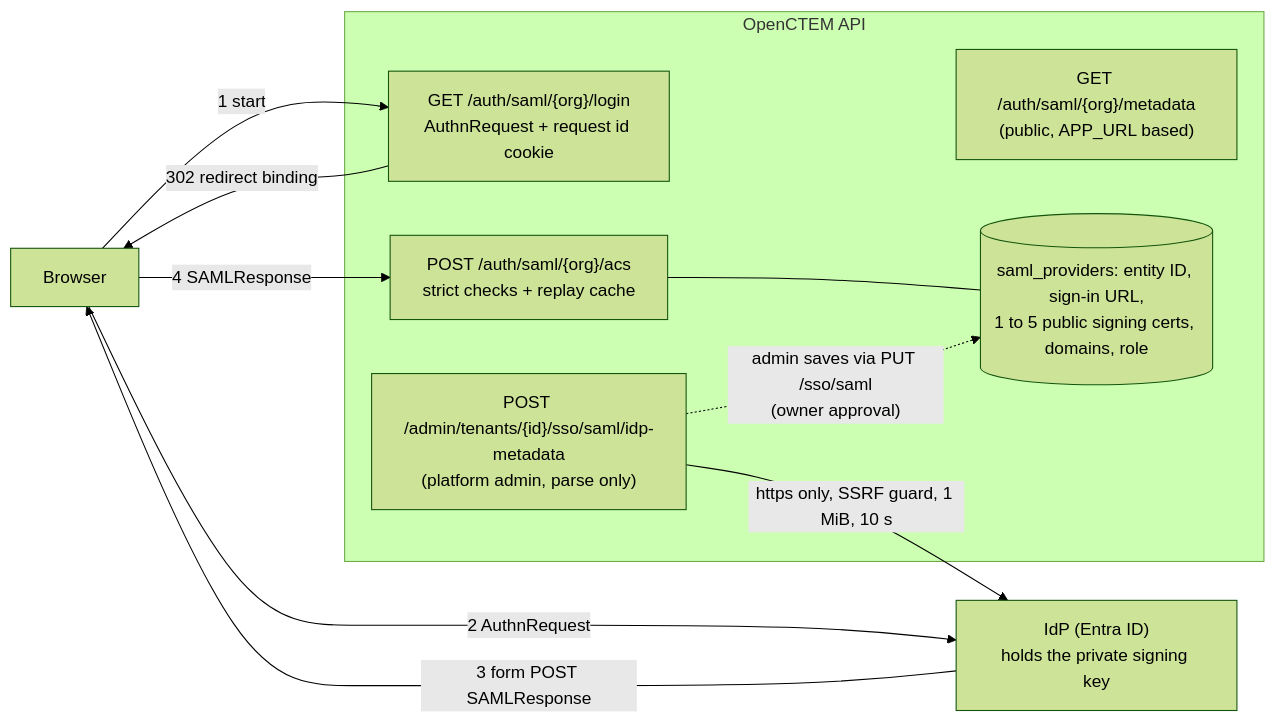
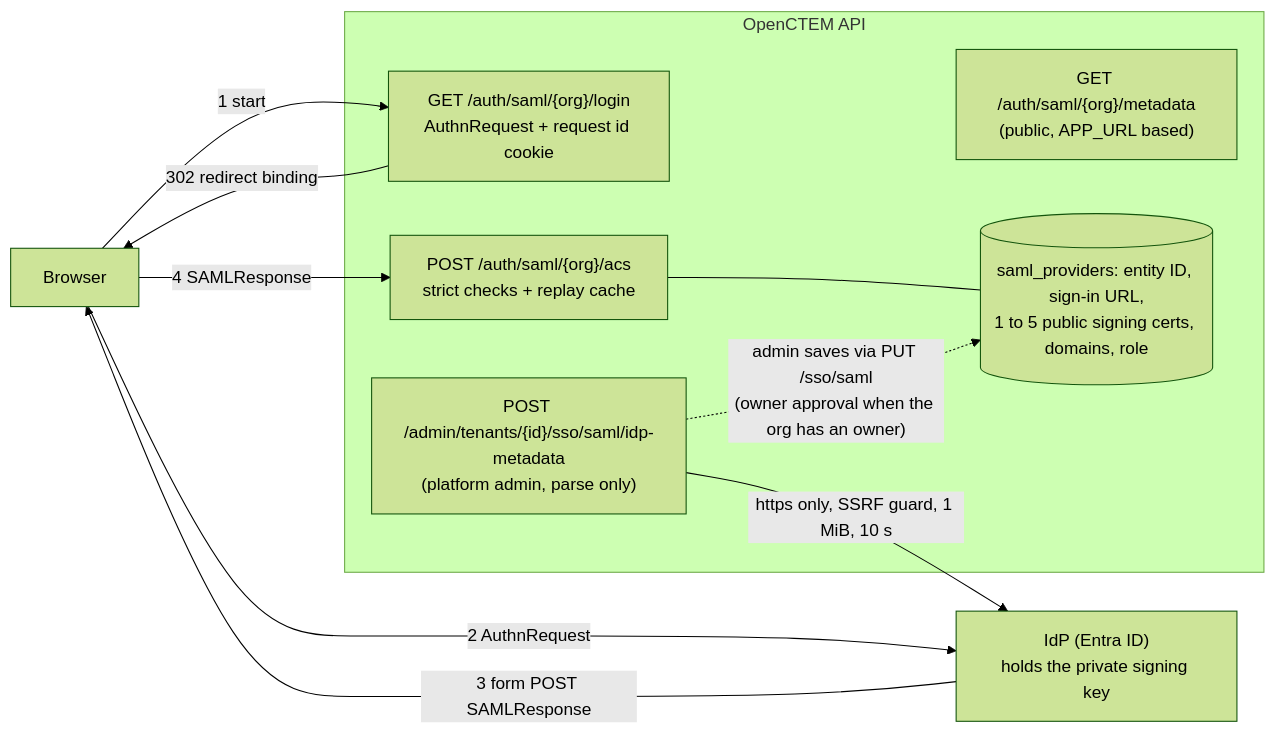
Before and after one commit to openctemio/openctem: the first of 2 diagrams in api/docs/architecture/saml-sso.md, drawn with Mermaid (forest theme). The commit also changed other lines of this file and 27 other files, not shown here.

````diff
--- a/api/docs/architecture/saml-sso.md
+++ b/api/docs/architecture/saml-sso.md
@@ -30,20 +30,20 @@
 ```mermaid
 flowchart LR
     B["Browser"]
     subgraph OC["OpenCTEM API"]
         L["GET /auth/saml/{org}/login<br/>AuthnRequest + request id cookie"]
         ACS["POST /auth/saml/{org}/acs<br/>strict checks + replay cache"]
         MD["GET /auth/saml/{org}/metadata<br/>(public, APP_URL based)"]
         IMP["POST /admin/tenants/{id}/sso/saml/idp-metadata<br/>(platform admin, parse only)"]
         CFG[("saml_providers: entity ID, sign-in URL,<br/>1 to 5 public signing certs, domains, role")]
     end
     IDP["IdP (Entra ID)<br/>holds the private signing key"]
     B -- "1 start" --> L
     L -- "302 redirect binding" --> B
     B -- "2 AuthnRequest" --> IDP
     IDP -- "3 form POST SAMLResponse" --> B
     B -- "4 SAMLResponse" --> ACS
     IMP -- "https only, SSRF guard, 1 MiB, 10 s" --> IDP
     ACS --- CFG
-    IMP -. "admin saves via PUT /sso/saml<br/>(owner approval)" .-> CFG
+    IMP -. "admin saves via PUT /sso/saml<br/>(owner approval when the org has an owner)" .-> CFG
 ```
````
